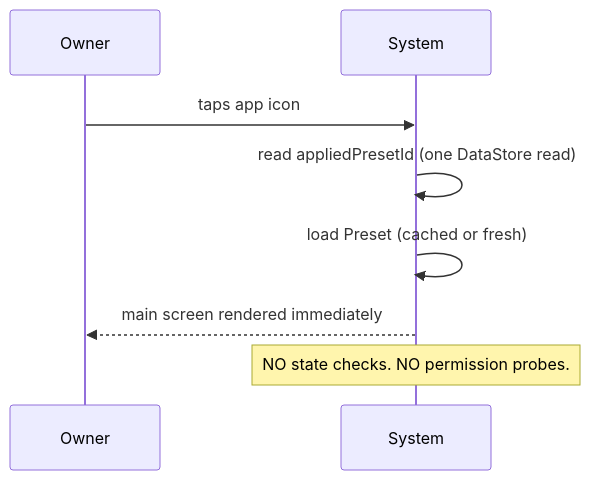
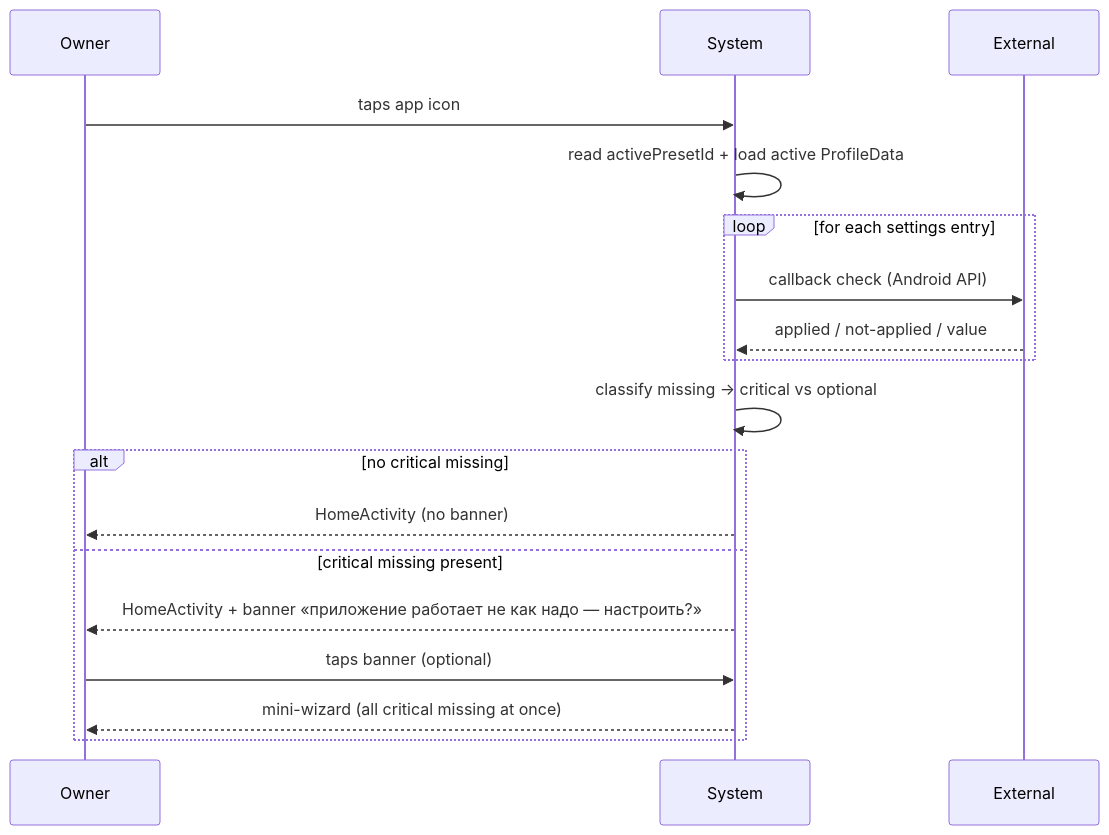
The fifth of 10 diagrams in specs/task-65-profile-composition-foundation-v2/spec.md (jeromwork/launcher), drawn with Mermaid before and after one commit. The commit also changed other lines of this file, not shown here.

````diff
--- a/specs/task-65-profile-composition-foundation-v2/spec.md
+++ b/specs/task-65-profile-composition-foundation-v2/spec.md
@@ -422,10 +433,20 @@
 ```mermaid
 sequenceDiagram
   participant U as Owner
   participant S as System
+  participant X as External
   U->>S: taps app icon
-  S->>S: read appliedPresetId (one DataStore read)
-  S->>S: load Preset (cached or fresh)
-  S-->>U: main screen rendered immediately
-  Note over S: NO state checks. NO permission probes.
+  S->>S: read activePresetId + load active ProfileData
+  loop for each settings entry
+    S->>X: callback check (Android API)
+    X-->>S: applied / not-applied / value
+  end
+  S->>S: classify missing → critical vs optional
+  alt no critical missing
+    S-->>U: HomeActivity (no banner)
+  else critical missing present
+    S-->>U: HomeActivity + banner «приложение работает не как надо — настроить?»
+    U->>S: taps banner (optional)
+    S-->>U: mini-wizard (all critical missing at once)
+  end
 ```
````
